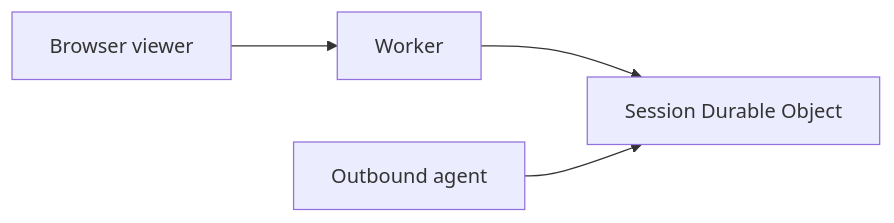
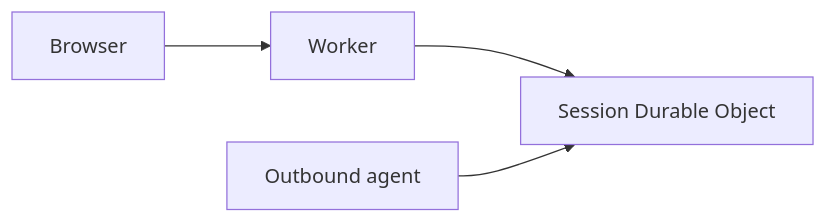
Before and after one commit to Joleeconsultants/Jolee-Remote: the first of 3 diagrams in docs/architecture.md, drawn with Mermaid. The commit also changed other lines of this file and 14 other files, not shown here.

````diff
--- a/docs/architecture.md
+++ b/docs/architecture.md
@@ -5,6 +5,6 @@
 ```mermaid
 flowchart LR
-  Browser[Browser viewer] --> Worker[Worker]
+  Browser[Browser] --> Worker[Worker]
   Worker --> DO[Session Durable Object]
   Agent[Outbound agent] --> DO
 ```
````
